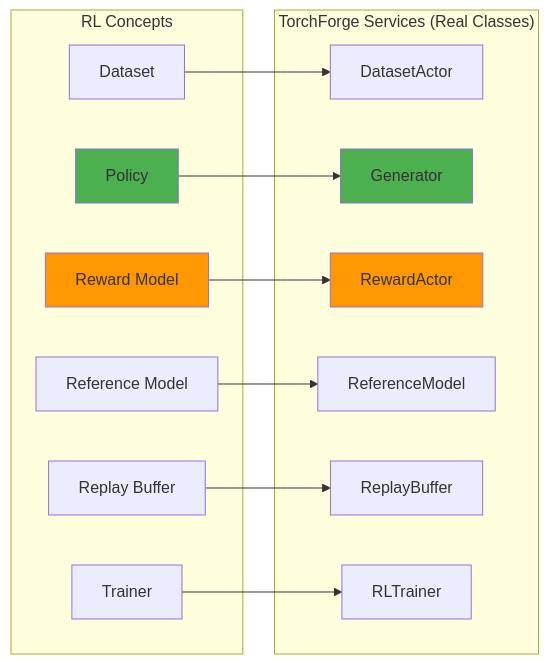
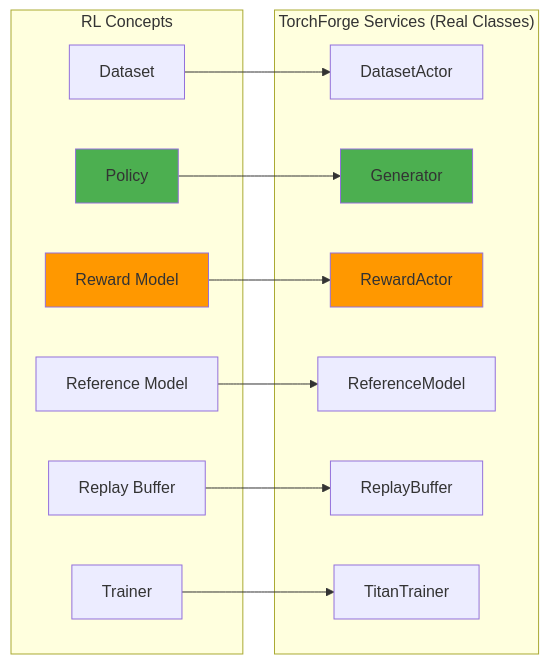
Before and after one commit to meta-pytorch/torchforge: the second of 3 diagrams in docs/source/tutorial_sources/zero-to-forge/1_RL_and_Forge_Fundamentals.md, drawn with Mermaid. The commit also changed other lines of this file and 8 other files, not shown here.

Commit message:
Rename RLTrainer to TitanTrainer (#538)

````diff
--- a/docs/source/tutorial_sources/zero-to-forge/1_RL_and_Forge_Fundamentals.md
+++ b/docs/source/tutorial_sources/zero-to-forge/1_RL_and_Forge_Fundamentals.md
@@ -80,34 +80,34 @@
 ```mermaid
 graph LR
     subgraph Concepts["RL Concepts"]
 
         C1["Dataset"]
         C2["Policy"]
         C3["Reward Model"]
         C4["Reference Model"]
         C5["Replay Buffer"]
         C6["Trainer"]
     end
 
     subgraph Services["TorchForge Services (Real Classes)"]
 
         S1["DatasetActor"]
         S2["Generator"]
         S3["RewardActor"]
         S4["ReferenceModel"]
         S5["ReplayBuffer"]
-        S6["RLTrainer"]
+        S6["TitanTrainer"]
     end
 
     C1 --> S1
     C2 --> S2
     C3 --> S3
     C4 --> S4
     C5 --> S5
     C6 --> S6
 
     style C2 fill:#4CAF50
     style S2 fill:#4CAF50
     style C3 fill:#FF9800
     style S3 fill:#FF9800
 ```
````
